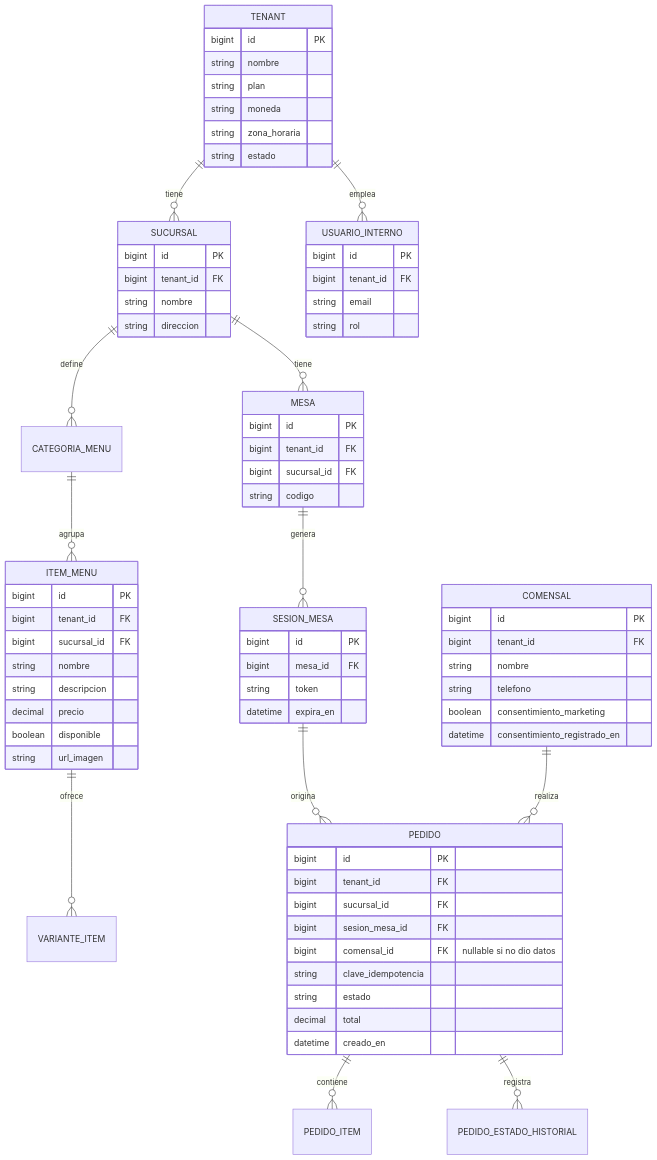
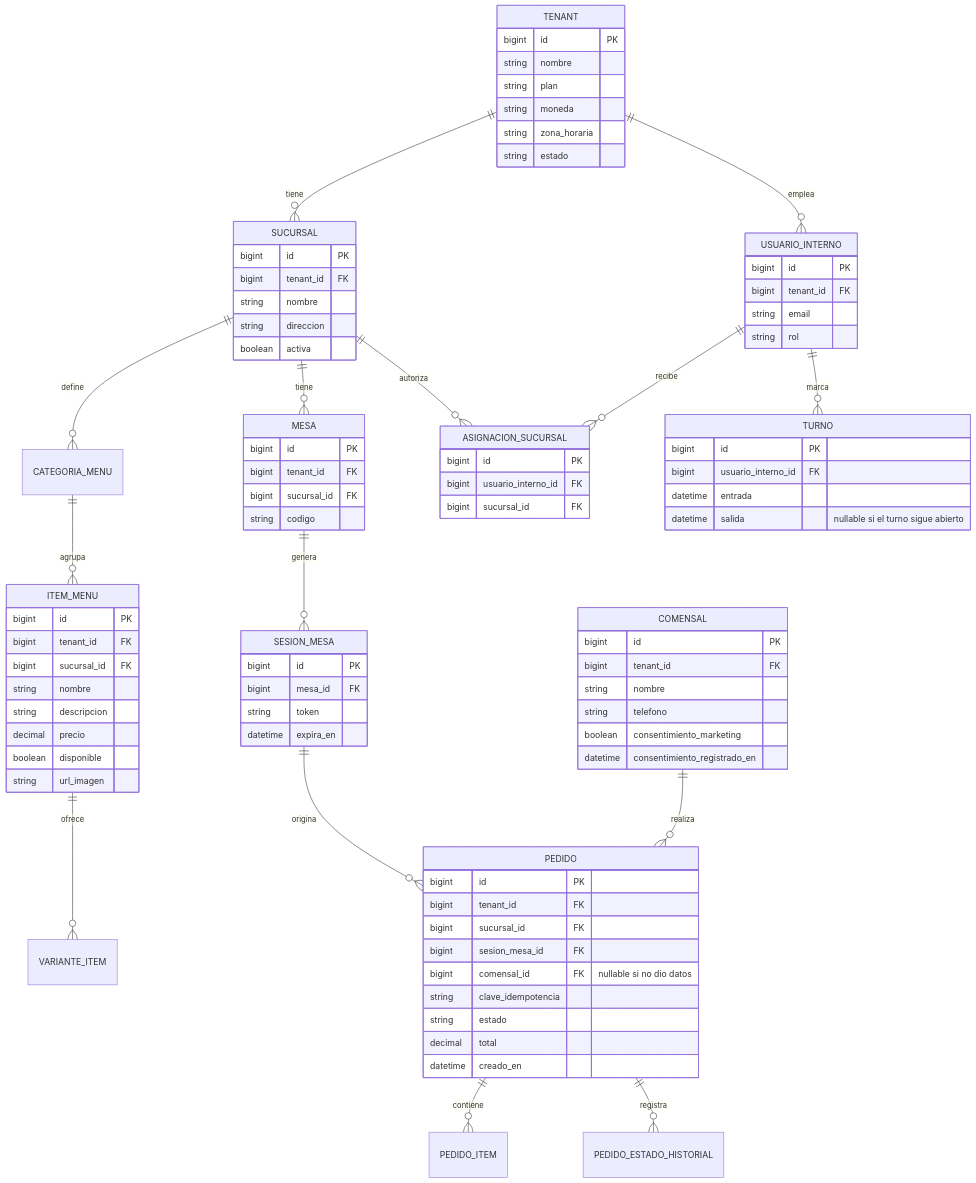
Before and after one commit to andrescalderonart/mezzalia: the second of 2 diagrams in docs/documentacion-tecnica.md, drawn with Mermaid. The commit also changed other lines of this file and 3 other files, not shown here.

```diff
--- a/docs/documentacion-tecnica.md
+++ b/docs/documentacion-tecnica.md
@@ -201,11 +206,26 @@
     }
     SUCURSAL ||--o{ MESA : tiene
     SUCURSAL ||--o{ CATEGORIA_MENU : define
+    SUCURSAL ||--o{ ASIGNACION_SUCURSAL : autoriza
     SUCURSAL {
         bigint id PK
         bigint tenant_id FK
         string nombre
         string direccion
+        boolean activa
+    }
+    USUARIO_INTERNO ||--o{ ASIGNACION_SUCURSAL : recibe
+    USUARIO_INTERNO ||--o{ TURNO : marca
+    ASIGNACION_SUCURSAL {
+        bigint id PK
+        bigint usuario_interno_id FK
+        bigint sucursal_id FK
+    }
+    TURNO {
+        bigint id PK
+        bigint usuario_interno_id FK
+        datetime entrada
+        datetime salida "nullable si el turno sigue abierto"
     }
     CATEGORIA_MENU ||--o{ ITEM_MENU : agrupa
     ITEM_MENU ||--o{ VARIANTE_ITEM : ofrece
```
